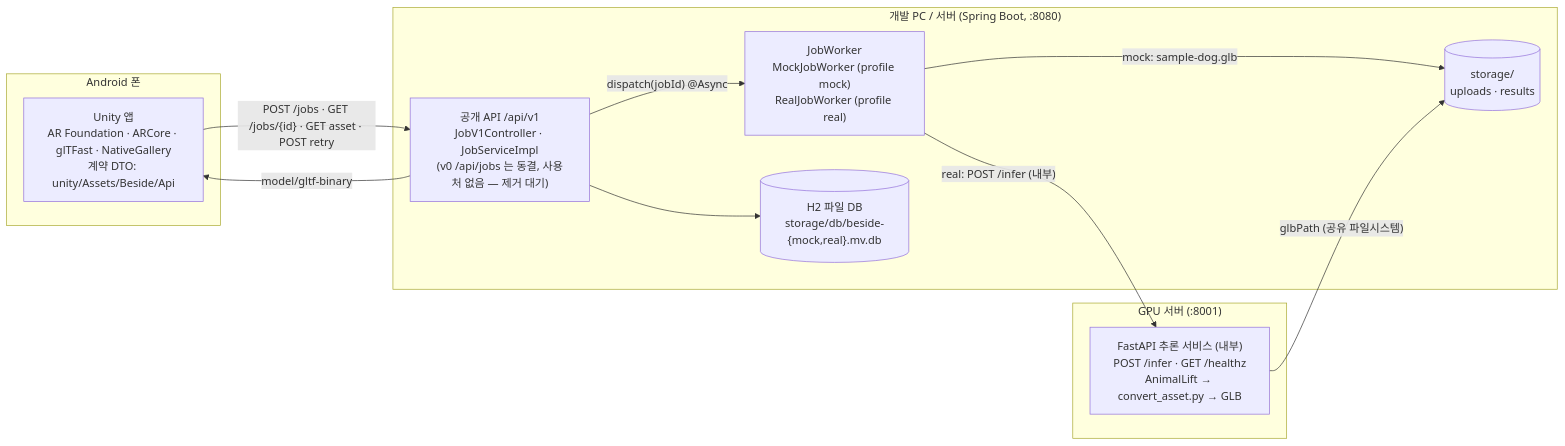
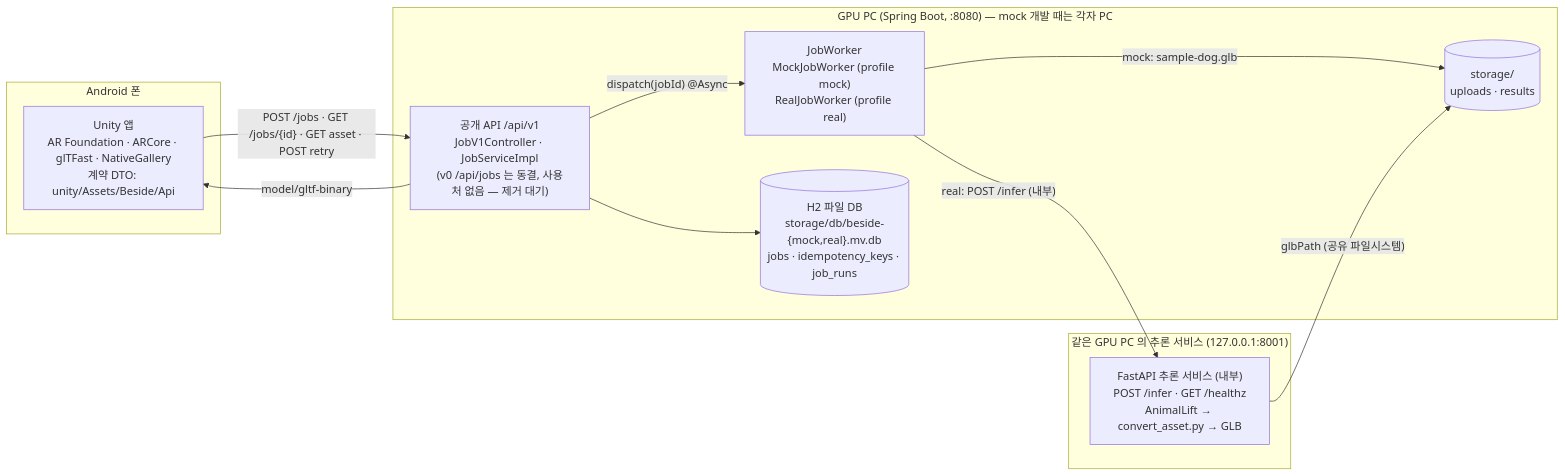
One commit to minwoo3717/Beside changed the first of 3 diagrams in docs/ARCHITECTURE.md. Above: the diagram before and after it, drawn with Mermaid. The commit also changed other lines of this file and 6 other files, not shown here.

First line of the commit message:
[Backend] 문서: PLAN 3·4단계 재배열(베이스라인 E2E 선행)과 구조도·회의 안건·GLB 파일명 통일 — 바뀐 순서와 결정을 문서가 따라가도록

````diff
--- a/docs/ARCHITECTURE.md
+++ b/docs/ARCHITECTURE.md
@@ -9,22 +9,22 @@
 ```mermaid
 flowchart LR
     subgraph Phone["Android 폰"]
         U["Unity 앱<br/>AR Foundation · ARCore · glTFast · NativeGallery<br/>계약 DTO: unity/Assets/Beside/Api"]
     end
-    subgraph Server["개발 PC / 서버 (Spring Boot, :8080)"]
+    subgraph Server["GPU PC (Spring Boot, :8080) — mock 개발 때는 각자 PC"]
         S["공개 API /api/v1<br/>JobV1Controller · JobServiceImpl<br/>(v0 /api/jobs 는 동결, 사용처 없음 — 제거 대기)"]
         W["JobWorker<br/>MockJobWorker (profile mock)<br/>RealJobWorker (profile real)"]
         FS[("storage/<br/>uploads · results")]
-        DB[("H2 파일 DB<br/>storage/db/beside-{mock,real}.mv.db")]
+        DB[("H2 파일 DB<br/>storage/db/beside-{mock,real}.mv.db<br/>jobs · idempotency_keys · job_runs")]
     end
-    subgraph Gpu["GPU 서버 (:8001)"]
+    subgraph Gpu["같은 GPU PC 의 추론 서비스 (127.0.0.1:8001)"]
         P["FastAPI 추론 서비스 (내부)<br/>POST /infer · GET /healthz<br/>AnimalLift → convert_asset.py → GLB"]
     end
     U -->|"POST /jobs · GET /jobs/{id} · GET asset · POST retry"| S
     S --> DB
     S -->|"dispatch(jobId) @Async"| W
     W -->|"mock: sample-dog.glb"| FS
     W -->|"real: POST /infer (내부)"| P
     P -->|"glbPath (공유 파일시스템)"| FS
     S -->|"model/gltf-binary"| U
 ```
````
